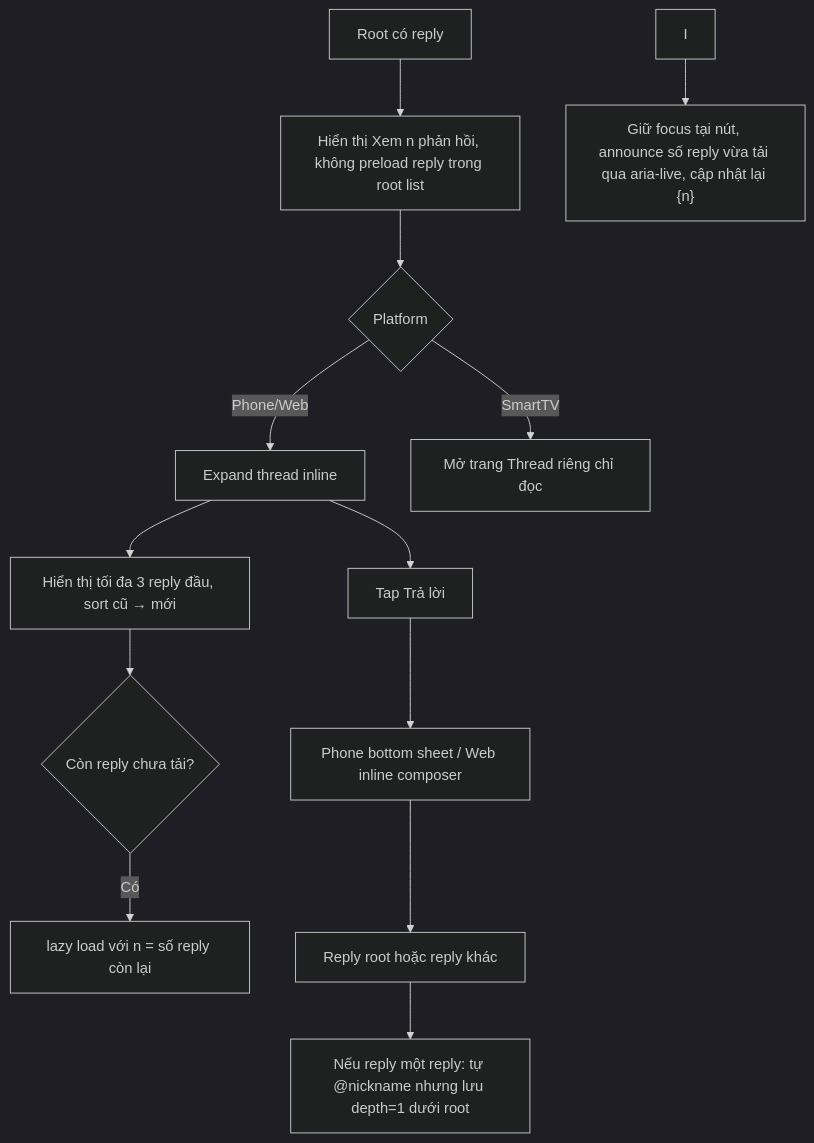
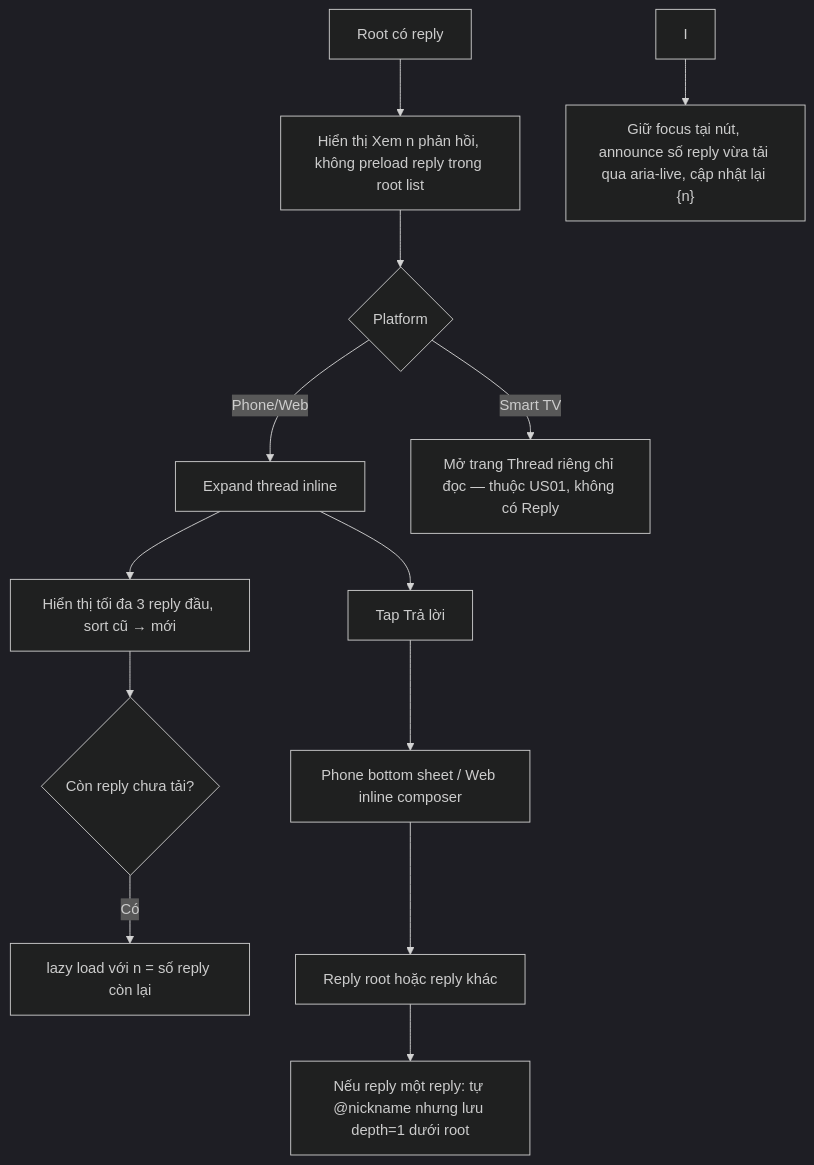
The diagram in EP02_TUONG_TAC_CONG_DONG/US08_USER_FLOW.md (tannguyenho/MyTV-Comment), drawn with Mermaid (dark theme) before and after one commit. The commit also changed other lines of this file and 30 other files, not shown here.

````diff
--- a/EP02_TUONG_TAC_CONG_DONG/US08_USER_FLOW.md
+++ b/EP02_TUONG_TAC_CONG_DONG/US08_USER_FLOW.md
@@ -7,15 +7,15 @@
 ```mermaid
 flowchart TD
  A["Root có reply"] --> B["Hiển thị Xem n phản hồi, không preload reply trong root list"]
  B --> C{"Platform"}
  C -->|Phone/Web| D["Expand thread inline"]
- C -->|SmartTV| E["Mở trang Thread riêng chỉ đọc"]
+ C -->|Smart TV| E["Mở trang Thread riêng chỉ đọc — thuộc US01, không có Reply"]
  D --> F["Hiển thị tối đa 3 reply đầu, sort cũ → mới"]
  F --> G{"Còn reply chưa tải?"}
  G -->|"Có"| H["lazy load với n = số reply còn lại"]
  I --> J["Giữ focus tại nút, announce số reply vừa tải qua aria-live, cập nhật lại {n}"]
  D --> K["Tap Trả lời"]
  K --> L["Phone bottom sheet / Web inline composer"]
  L --> M["Reply root hoặc reply khác"]
  M --> N["Nếu reply một reply: tự @nickname nhưng lưu depth=1 dưới root"]
 ```
````
